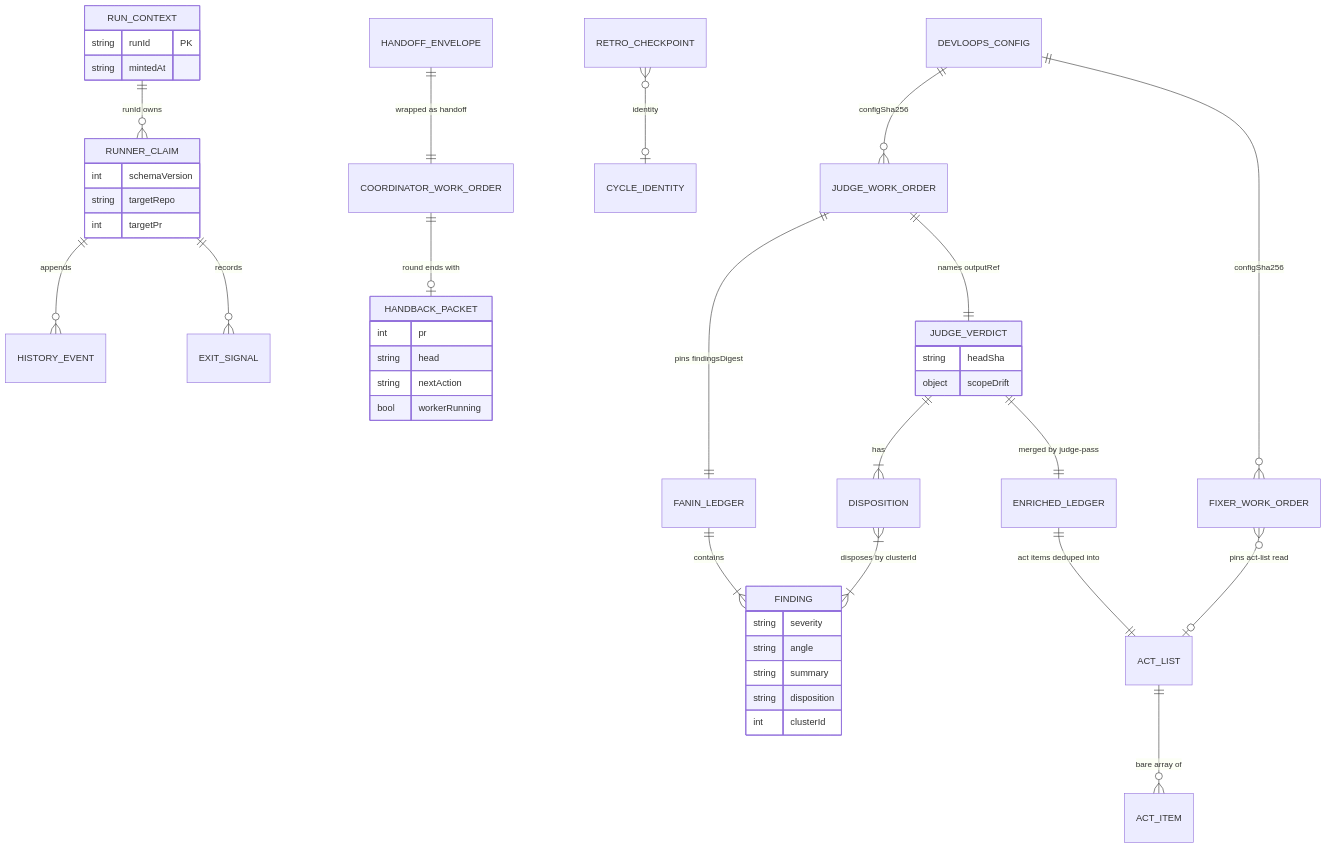
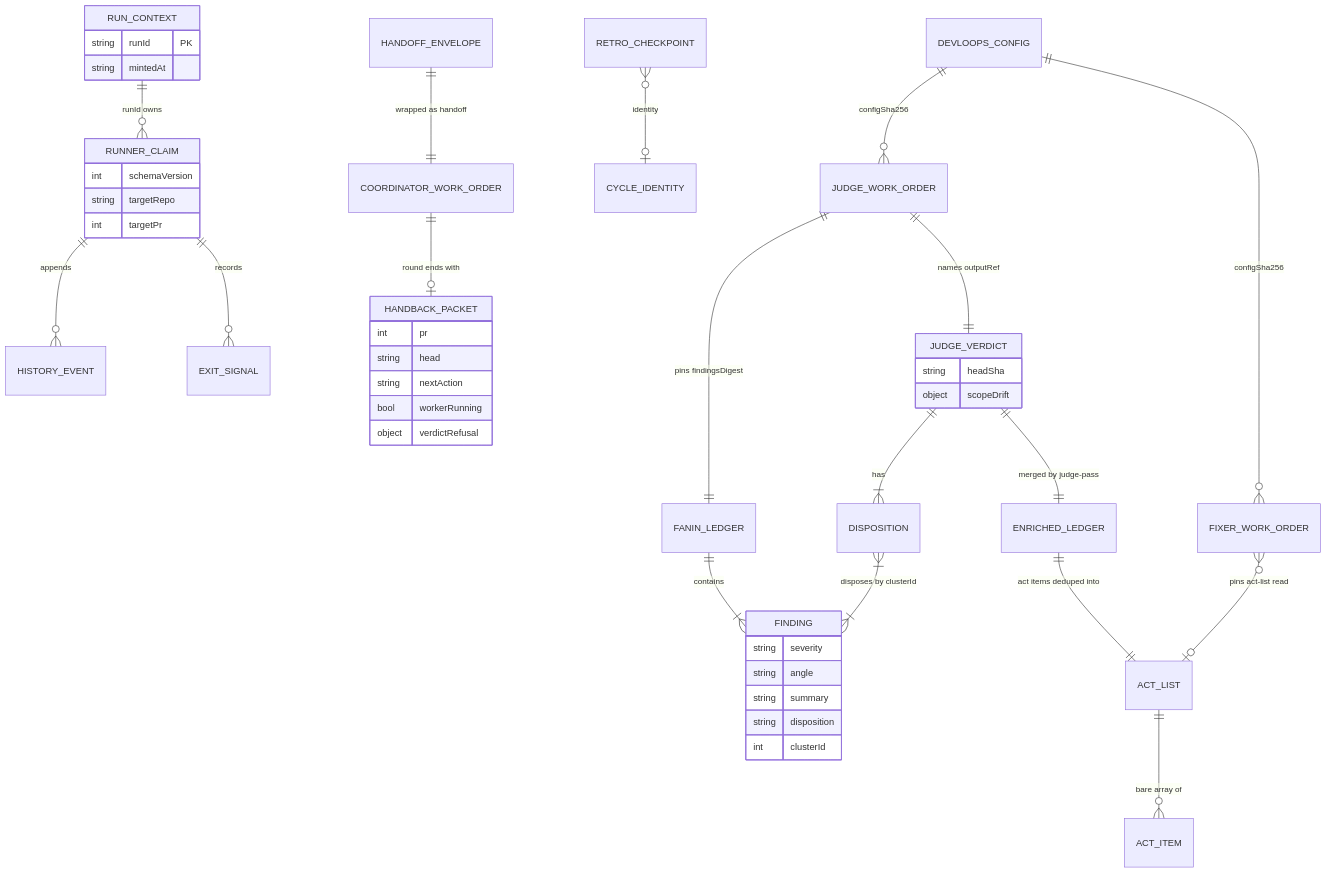
Before and after one commit to mfittko/dev-loops: the first of 13 diagrams in docs/atlas/02-data-model.md, drawn with Mermaid. The commit also changed other lines of this file, not shown here.

````diff
--- a/docs/atlas/02-data-model.md
+++ b/docs/atlas/02-data-model.md
@@ -20,46 +20,47 @@
 ```mermaid
 erDiagram
     RUN_CONTEXT ||--o{ RUNNER_CLAIM : "runId owns"
     RUNNER_CLAIM ||--o{ HISTORY_EVENT : appends
     RUNNER_CLAIM ||--o{ EXIT_SIGNAL : records
     HANDOFF_ENVELOPE ||--|| COORDINATOR_WORK_ORDER : "wrapped as handoff"
     COORDINATOR_WORK_ORDER ||--o| HANDBACK_PACKET : "round ends with"
     FANIN_LEDGER ||--|{ FINDING : contains
     JUDGE_WORK_ORDER ||--|| FANIN_LEDGER : "pins findingsDigest"
     JUDGE_WORK_ORDER ||--|| JUDGE_VERDICT : "names outputRef"
     JUDGE_VERDICT ||--|{ DISPOSITION : has
     DISPOSITION }|--|{ FINDING : "disposes by clusterId"
     JUDGE_VERDICT ||--|| ENRICHED_LEDGER : "merged by judge-pass"
     ENRICHED_LEDGER ||--|| ACT_LIST : "act items deduped into"
     ACT_LIST ||--o{ ACT_ITEM : "bare array of"
     FIXER_WORK_ORDER }o--o| ACT_LIST : "pins act-list read"
     RETRO_CHECKPOINT }o--o| CYCLE_IDENTITY : "identity"
     DEVLOOPS_CONFIG ||--o{ JUDGE_WORK_ORDER : "configSha256"
     DEVLOOPS_CONFIG ||--o{ FIXER_WORK_ORDER : "configSha256"
     RUN_CONTEXT {
         string runId PK
         string mintedAt
     }
     RUNNER_CLAIM {
         int schemaVersion
         string targetRepo
         int targetPr
     }
     FINDING {
         string severity
         string angle
         string summary
         string disposition
         int clusterId
     }
     JUDGE_VERDICT {
         string headSha
         object scopeDrift
     }
     HANDBACK_PACKET {
         int pr
         string head
         string nextAction
         bool workerRunning
+        object verdictRefusal
     }
 ```
````
